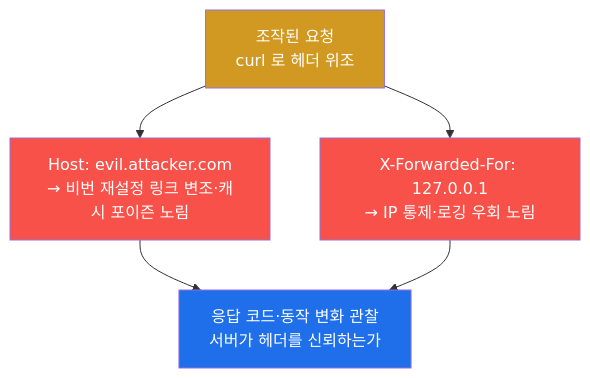
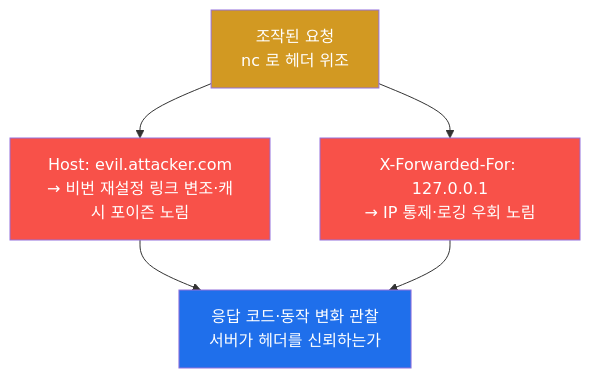
Before and after one commit to mrgrit/tw2: the seventh of 9 diagrams in contents/training/web-vuln/lecture_week01.md, drawn with Mermaid. The commit also changed other lines of this file and 45 other files, not shown here.

````diff
--- a/contents/training/web-vuln/lecture_week01.md
+++ b/contents/training/web-vuln/lecture_week01.md
@@ -430,13 +430,13 @@
 ```mermaid
 graph TD
-    REQ["조작된 요청<br/>curl 로 헤더 위조"]
+    REQ["조작된 요청<br/>nc 로 헤더 위조"]
     H1["Host: evil.attacker.com<br/>→ 비번 재설정 링크 변조·캐시 포이즌 노림"]
     H2["X-Forwarded-For: 127.0.0.1<br/>→ IP 통제·로깅 우회 노림"]
     OBS["응답 코드·동작 변화 관찰<br/>서버가 헤더를 신뢰하는가"]
     REQ --> H1 --> OBS
     REQ --> H2 --> OBS
     style REQ fill:#d29922,color:#fff
     style H1 fill:#f85149,color:#fff
     style H2 fill:#f85149,color:#fff
     style OBS fill:#1f6feb,color:#fff
 ```
````
